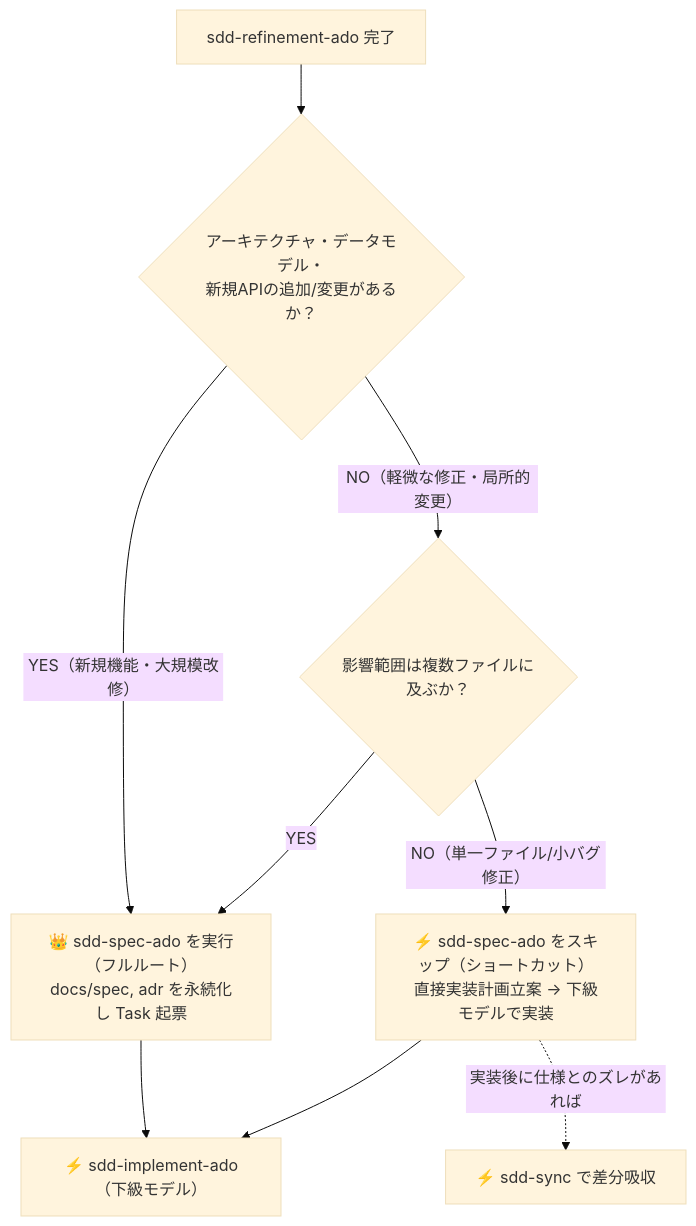
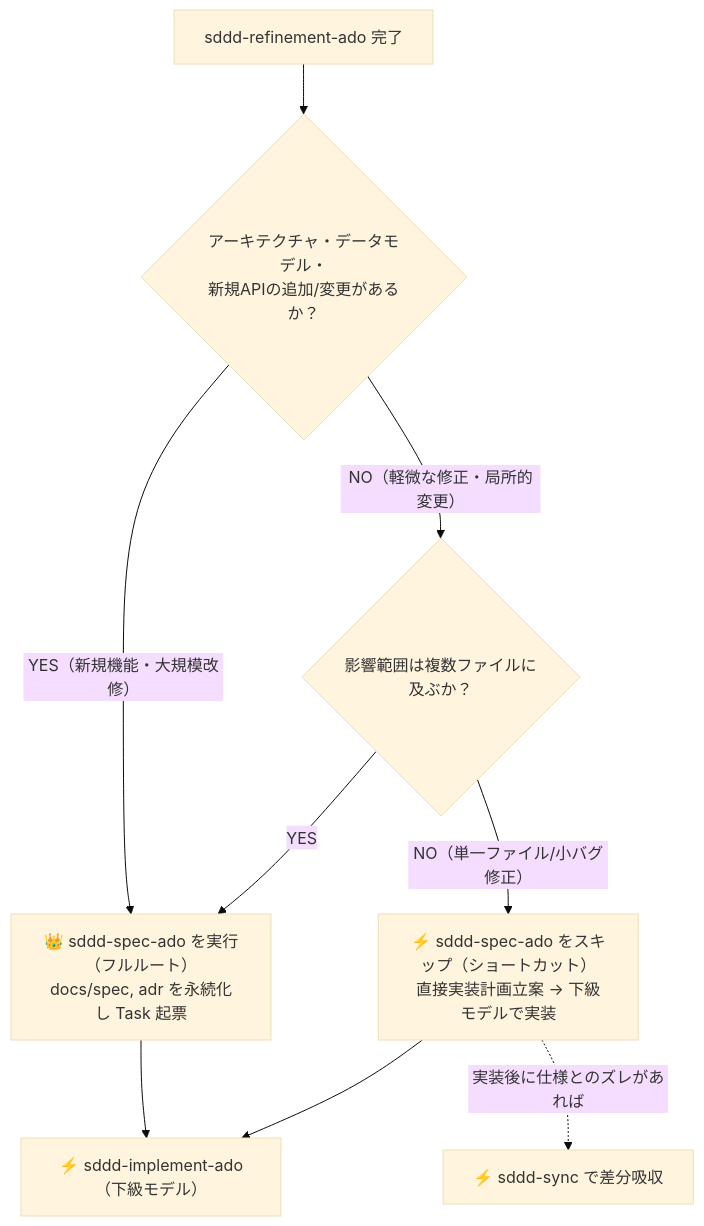
Before and after one commit to takahashimasaya00/my-skills: the third of 3 diagrams in README.md, drawn with Mermaid (base theme). The commit also changed other lines of this file and 13 other files, not shown here.

````diff
--- a/README.md
+++ b/README.md
@@ -152,14 +155,14 @@
 ```mermaid
 flowchart TD
-    Start["sdd-refinement-ado 完了"] --> Q1{"アーキテクチャ・データモデル・<br/>新規APIの追加/変更があるか？"}
+    Start["sddd-refinement-ado 完了"] --> Q1{"アーキテクチャ・データモデル・<br/>新規APIの追加/変更があるか？"}
     
-    Q1 -- YES（新規機能・大規模改修） --> FullRoute["👑 sdd-spec-ado を実行（フルルート）<br/>docs/spec, adr を永続化し Task 起票"]
+    Q1 -- YES（新規機能・大規模改修） --> FullRoute["👑 sddd-spec-ado を実行（フルルート）<br/>docs/spec, adr を永続化し Task 起票"]
     Q1 -- NO（軽微な修正・局所的変更） --> Q2{"影響範囲は複数ファイルに及ぶか？"}
     
     Q2 -- YES --> FullRoute
-    Q2 -- NO（単一ファイル/小バグ修正） --> Shortcut["⚡ sdd-spec-ado をスキップ（ショートカット）<br/>直接実装計画立案 → 下級モデルで実装"]
+    Q2 -- NO（単一ファイル/小バグ修正） --> Shortcut["⚡ sddd-spec-ado をスキップ（ショートカット）<br/>直接実装計画立案 → 下級モデルで実装"]
 
-    FullRoute --> ImpLow["⚡ sdd-implement-ado（下級モデル）"]
+    FullRoute --> ImpLow["⚡ sddd-implement-ado（下級モデル）"]
     Shortcut --> ImpLow
-    Shortcut -.->|実装後に仕様とのズレがあれば| Sync["⚡ sdd-sync で差分吸収"]
+    Shortcut -.->|実装後に仕様とのズレがあれば| Sync["⚡ sddd-sync で差分吸収"]
 ```
````
